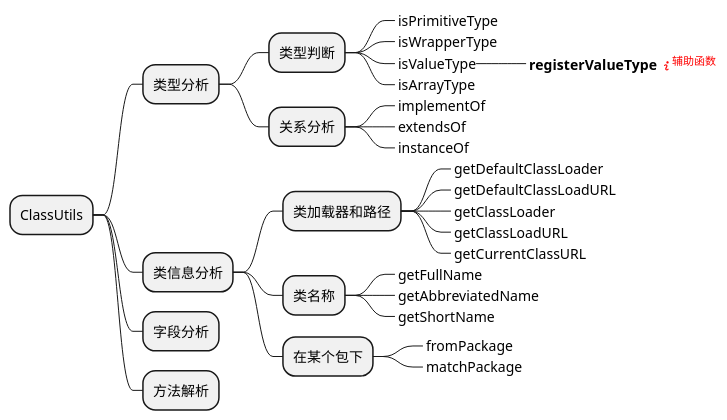
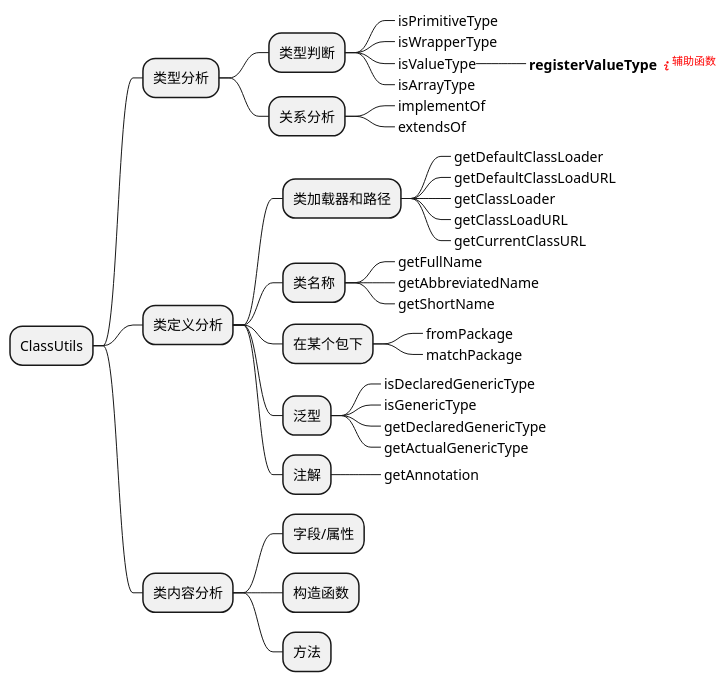
The diagram in beehive-core/src/main/resources/design-thought/util/ClassUtils-function.puml (akudy/beehive-parent), drawn with PlantUML before and after one commit. The commit also changed 31 other files, not shown here.

```diff
--- a/beehive-core/src/main/resources/design-thought/util/ClassUtils-function.puml
+++ b/beehive-core/src/main/resources/design-thought/util/ClassUtils-function.puml
@@ -1,36 +1,44 @@
 @startmindmap
 
 * ClassUtils
 
 ** 类型分析
 *** 类型判断
 ****_ isPrimitiveType
 ****_ isWrapperType
 ****_ isValueType
 *****_ <b>registerValueType</b> <font color=red><&info><sup>辅助函数</sup></font>
 ****_ isArrayType
 *** 关系分析
 ****_ implementOf
 ****_ extendsOf
-****_ instanceOf
 
-** 类信息分析
+** 类定义分析
 *** 类加载器和路径
 ****_ getDefaultClassLoader
 ****_ getDefaultClassLoadURL
 ****_ getClassLoader
 ****_ getClassLoadURL
 ****_ getCurrentClassURL
 *** 类名称
 ****_ getFullName
 ****_ getAbbreviatedName
 ****_ getShortName
 *** 在某个包下
 ****_ fromPackage
 ****_ matchPackage
+*** 泛型
+****_ isDeclaredGenericType
+****_ isGenericType
+****_ getDeclaredGenericType
+****_ getActualGenericType
+*** 注解
+****_ getAnnotation
 
-** 字段分析
 
-** 方法解析
+** 类内容分析
+*** 字段/属性
+*** 构造函数
+*** 方法
 
 @endmindmap
```
